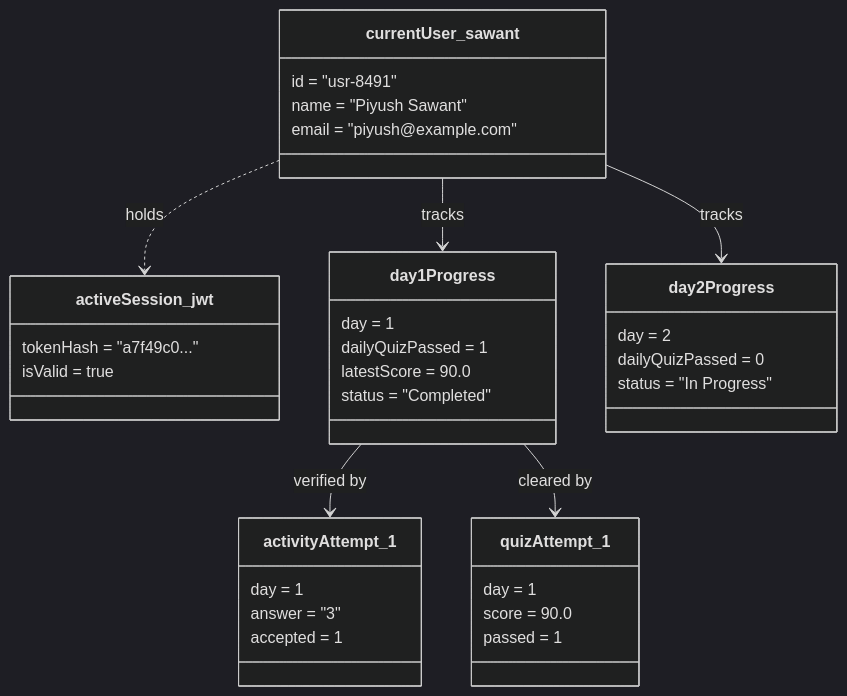
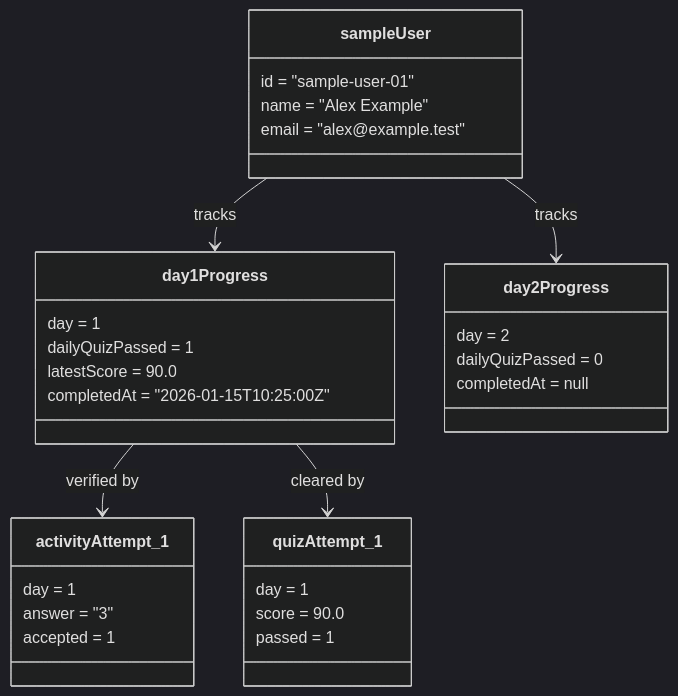
The sixth of 7 diagrams in FINAL_PROJECT_REPORT_SUBMISSION/FINAL_PROJECT_REPORT.md (piyushuttamsawant99-hub/Algorithms-Hub), drawn with Mermaid (dark theme) before and after one commit. The commit also changed other lines of this file and 21 other files, not shown here.

````diff
--- a/FINAL_PROJECT_REPORT_SUBMISSION/FINAL_PROJECT_REPORT.md
+++ b/FINAL_PROJECT_REPORT_SUBMISSION/FINAL_PROJECT_REPORT.md
@@ -493,44 +462,38 @@
 ```mermaid
 classDiagram
-    class currentUser_sawant {
-        id = "usr-8491"
-        name = "Piyush Sawant"
-        email = "piyush@example.com"
-    }
-
-    class activeSession_jwt {
-        tokenHash = "a7f49c0..."
-        isValid = true
+    class sampleUser {
+        id = "sample-user-01"
+        name = "Alex Example"
+        email = "alex@example.test"
     }
 
     class day1Progress {
         day = 1
         dailyQuizPassed = 1
         latestScore = 90.0
-        status = "Completed"
+        completedAt = "2026-01-15T10:25:00Z"
     }
 
     class day2Progress {
         day = 2
         dailyQuizPassed = 0
-        status = "In Progress"
+        completedAt = null
     }
 
     class quizAttempt_1 {
         day = 1
         score = 90.0
         passed = 1
     }
 
     class activityAttempt_1 {
         day = 1
         answer = "3"
         accepted = 1
     }
 
-    currentUser_sawant ..> activeSession_jwt : holds
-    currentUser_sawant --> day1Progress : tracks
-    currentUser_sawant --> day2Progress : tracks
+    sampleUser --> day1Progress : tracks
+    sampleUser --> day2Progress : tracks
     day1Progress --> activityAttempt_1 : verified by
     day1Progress --> quizAttempt_1 : cleared by
 ```
````
